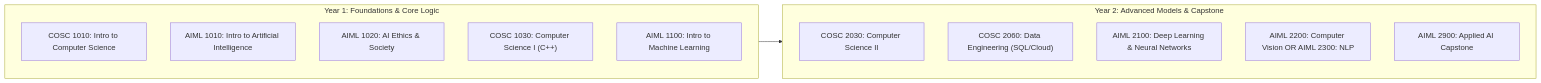
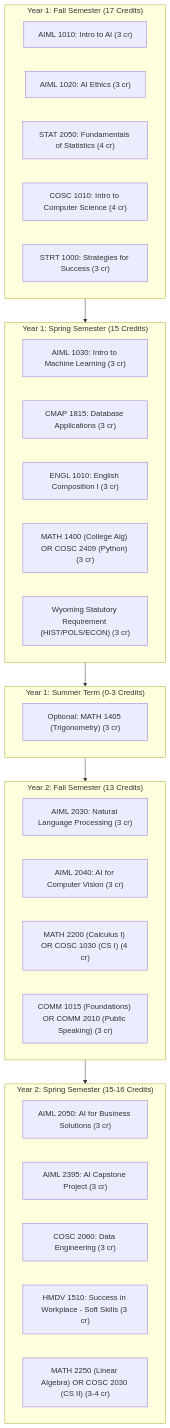
One commit to tswarmLCCC/continuingContractPortfoliotswarm changed the diagram in projects/01-program-review-ai/artifacts/WCCC_New_Program_Request_Form_AI.md. Above: the diagram before and after it, drawn with Mermaid. The commit also changed other lines of this file and 26 other files, not shown here.

Commit message:
Add LCCC Grade Table Data for 2024-2025 Academic Year

````diff
--- a/projects/01-program-review-ai/artifacts/WCCC_New_Program_Request_Form_AI.md
+++ b/projects/01-program-review-ai/artifacts/WCCC_New_Program_Request_Form_AI.md
@@ -23,20 +43,39 @@
 ```mermaid
-flowchart LR
-    subgraph Year1 ["Year 1: Foundations & Core Logic"]
-        Y1A["COSC 1010: Intro to Computer Science"]
-        Y1B["AIML 1010: Intro to Artificial Intelligence"]
-        Y1C["AIML 1020: AI Ethics & Society"]
-        Y1D["COSC 1030: Computer Science I (C++)"]
-        Y1E["AIML 1100: Intro to Machine Learning"]
+flowchart TD
+    subgraph Y1F ["Year 1: Fall Semester (17 Credits)"]
+        Y1F1["AIML 1010: Intro to AI (3 cr)"]
+        Y1F2["AIML 1020: AI Ethics (3 cr)"]
+        Y1F3["STAT 2050: Fundamentals of Statistics (4 cr)"]
+        Y1F4["COSC 1010: Intro to Computer Science (4 cr)"]
+        Y1F5["STRT 1000: Strategies for Success (3 cr)"]
     end
 
-    subgraph Year2 ["Year 2: Advanced Models & Capstone"]
-        Y2A["COSC 2030: Computer Science II"]
-        Y2B["COSC 2060: Data Engineering (SQL/Cloud)"]
-        Y2C["AIML 2100: Deep Learning & Neural Networks"]
-        Y2D["AIML 2200: Computer Vision OR AIML 2300: NLP"]
-        Y2E["AIML 2900: Applied AI Capstone"]
+    subgraph Y1S ["Year 1: Spring Semester (15 Credits)"]
+        Y1S1["AIML 1030: Intro to Machine Learning (3 cr)"]
+        Y1S2["CMAP 1815: Database Applications (3 cr)"]
+        Y1S3["ENGL 1010: English Composition I (3 cr)"]
+        Y1S4["MATH 1400 (College Alg) OR COSC 2409 (Python) (3 cr)"]
+        Y1S5["Wyoming Statutory Requirement (HIST/POLS/ECON) (3 cr)"]
     end
 
-    Year1 --> Year2
+    subgraph Y1Sum ["Year 1: Summer Term (0-3 Credits)"]
+        Y1Sum1["Optional: MATH 1405 (Trigonometry) (3 cr)"]
+    end
+
+    subgraph Y2F ["Year 2: Fall Semester (13 Credits)"]
+        Y2F1["AIML 2030: Natural Language Processing (3 cr)"]
+        Y2F2["AIML 2040: AI for Computer Vision (3 cr)"]
+        Y2F3["MATH 2200 (Calculus I) OR COSC 1030 (CS I) (4 cr)"]
+        Y2F4["COMM 1015 (Foundations) OR COMM 2010 (Public Speaking) (3 cr)"]
+    end
+
+    subgraph Y2S ["Year 2: Spring Semester (15-16 Credits)"]
+        Y2S1["AIML 2050: AI for Business Solutions (3 cr)"]
+        Y2S2["AIML 2395: AI Capstone Project (3 cr)"]
+        Y2S3["COSC 2060: Data Engineering (3 cr)"]
+        Y2S4["HMDV 1510: Success in Workplace - Soft Skills (3 cr)"]
+        Y2S5["MATH 2250 (Linear Algebra) OR COSC 2030 (CS II) (3-4 cr)"]
+    end
+
+    Y1F --> Y1S --> Y1Sum --> Y2F --> Y2S
 ```
````
